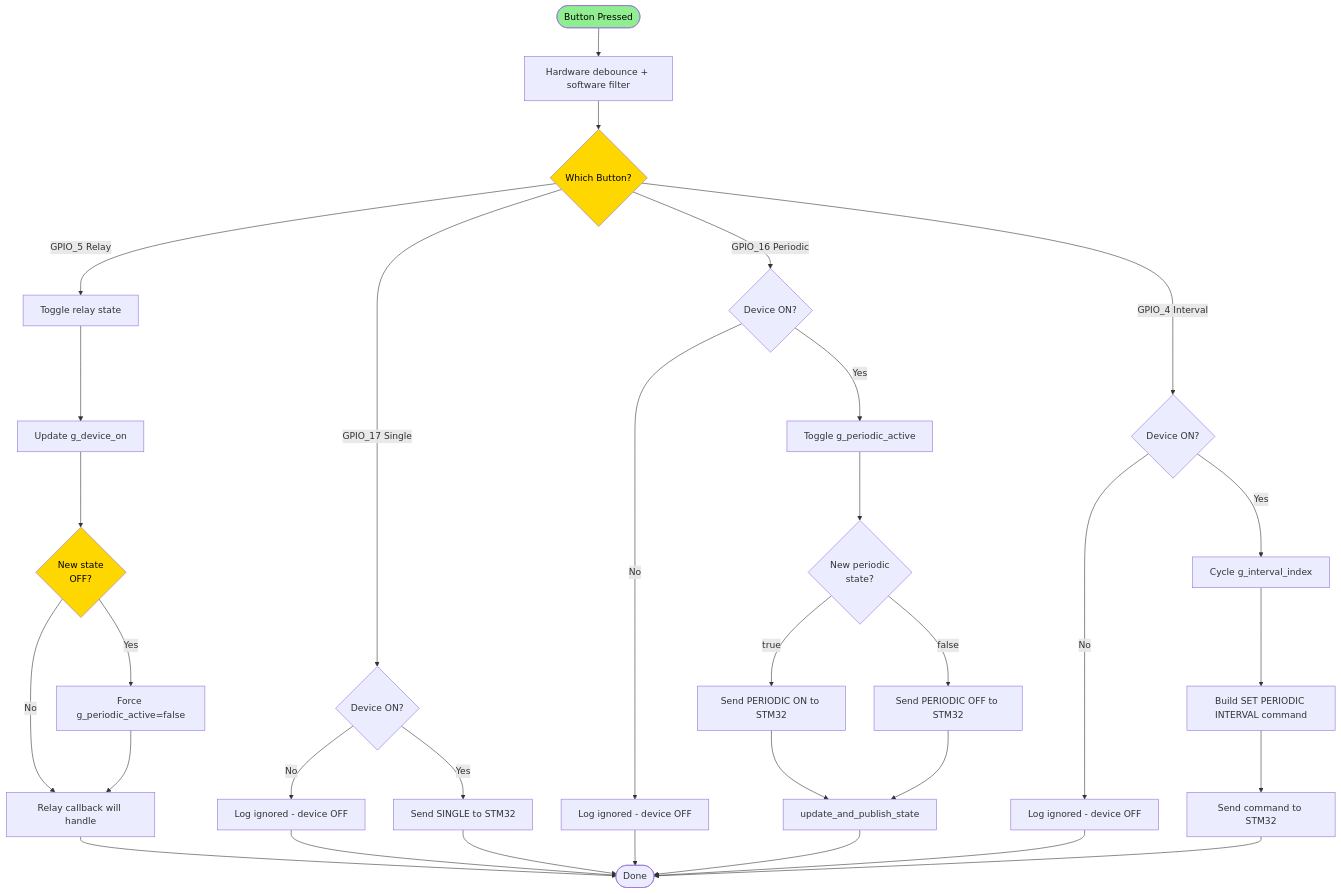
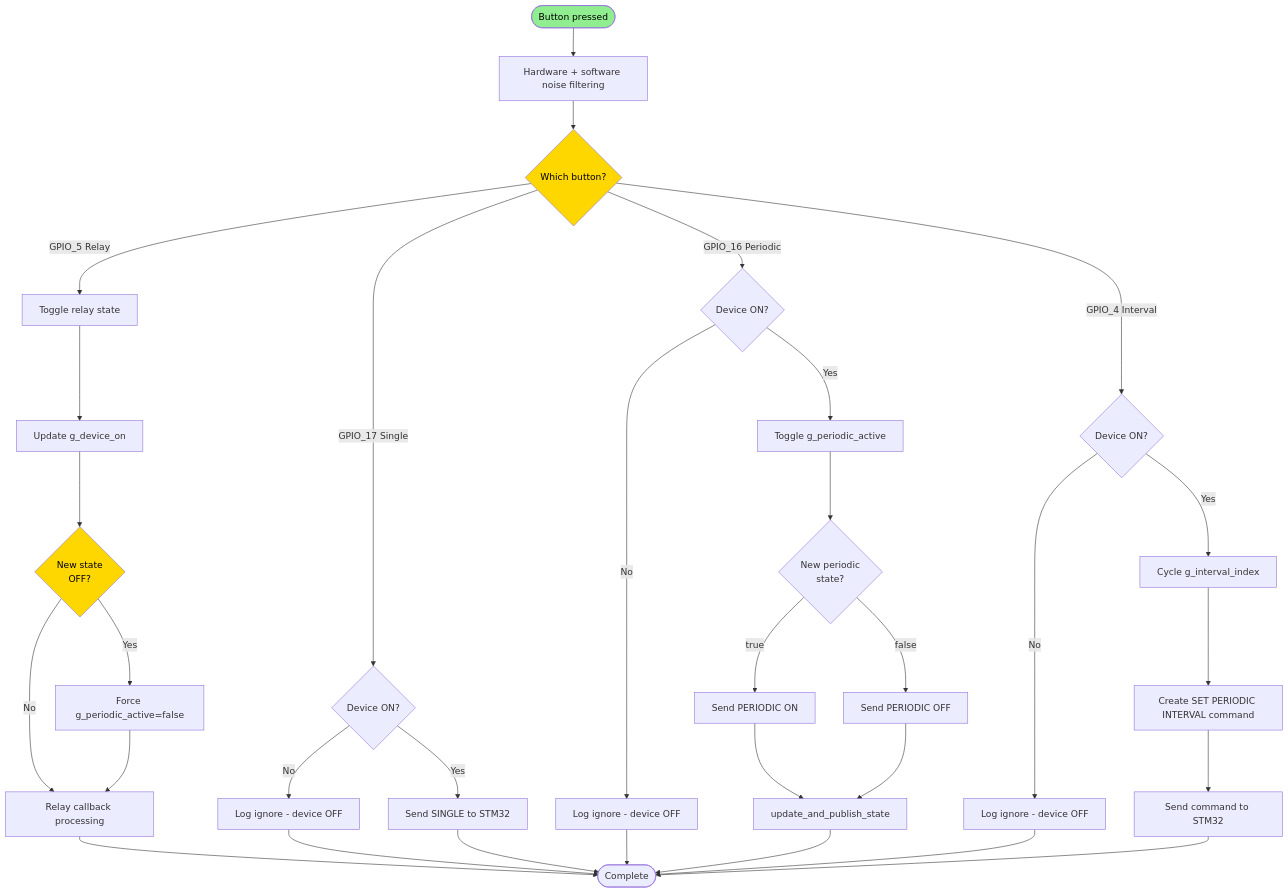
Before and after one commit to meeTeam05/datalogger: the sixth of 10 diagrams in documents/esp32/FLOW_DIAGRAM_ESP32.md, drawn with Mermaid. The commit also changed other lines of this file, not shown here.

Commit message:
fix(docs): update flow diagram titles and descriptions for clarity in FLOW_DIAGRAM_ESP32.md

````diff
--- a/documents/esp32/FLOW_DIAGRAM_ESP32.md
+++ b/documents/esp32/FLOW_DIAGRAM_ESP32.md
@@ -164,43 +174,43 @@
 ```mermaid
 flowchart TD
-    Start([Button Pressed]) --> Debounce[Hardware debounce + software filter]
-    Debounce --> CheckButton{Which Button?}
+    Start([Button pressed]) --> Debounce[Hardware + software noise filtering]
+    Debounce --> CheckButton{Which button?}
 
     CheckButton -->|GPIO_5 Relay| ToggleRelay[Toggle relay state]
     CheckButton -->|GPIO_17 Single| CheckDevOn1{Device ON?}
     CheckButton -->|GPIO_16 Periodic| CheckDevOn2{Device ON?}
     CheckButton -->|GPIO_4 Interval| CheckDevOn3{Device ON?}
 
     ToggleRelay --> UpdateGlobal[Update g_device_on]
     UpdateGlobal --> CheckNewState{New state<br/>OFF?}
     CheckNewState -->|Yes| ForcePeriodicOff[Force g_periodic_active=false]
-    CheckNewState -->|No| StateCallback[Relay callback will handle]
+    CheckNewState -->|No| StateCallback[Relay callback processing]
     ForcePeriodicOff --> StateCallback
-    StateCallback --> Done([Done])
+    StateCallback --> Done([Complete])
 
-    CheckDevOn1 -->|No| LogIgnore1[Log ignored - device OFF]
+    CheckDevOn1 -->|No| LogIgnore1[Log ignore - device OFF]
     CheckDevOn1 -->|Yes| SendSingle[Send SINGLE to STM32]
     LogIgnore1 --> Done
     SendSingle --> Done
 
-    CheckDevOn2 -->|No| LogIgnore2[Log ignored - device OFF]
+    CheckDevOn2 -->|No| LogIgnore2[Log ignore - device OFF]
     CheckDevOn2 -->|Yes| TogglePeriodic[Toggle g_periodic_active]
     LogIgnore2 --> Done
     TogglePeriodic --> FormatCmd{New periodic<br/>state?}
-    FormatCmd -->|true| SendPOn[Send PERIODIC ON to STM32]
-    FormatCmd -->|false| SendPOff[Send PERIODIC OFF to STM32]
+    FormatCmd -->|true| SendPOn[Send PERIODIC ON]
+    FormatCmd -->|false| SendPOff[Send PERIODIC OFF]
     SendPOn --> UpdatePublish[update_and_publish_state]
     SendPOff --> UpdatePublish
     UpdatePublish --> Done
 
-    CheckDevOn3 -->|No| LogIgnore3[Log ignored - device OFF]
+    CheckDevOn3 -->|No| LogIgnore3[Log ignore - device OFF]
     CheckDevOn3 -->|Yes| CycleInterval[Cycle g_interval_index]
     LogIgnore3 --> Done
-    CycleInterval --> BuildCmd[Build SET PERIODIC INTERVAL command]
+    CycleInterval --> BuildCmd[Create SET PERIODIC INTERVAL command]
     BuildCmd --> SendInterval[Send command to STM32]
     SendInterval --> Done
 
     style Start fill:#90EE90, color:#000000
     style CheckButton fill:#FFD700, color:#000000
     style CheckNewState fill:#FFD700, color:#000000
 ```
````
